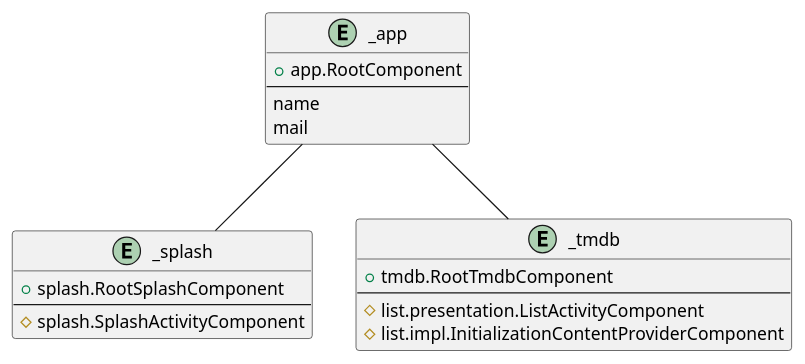
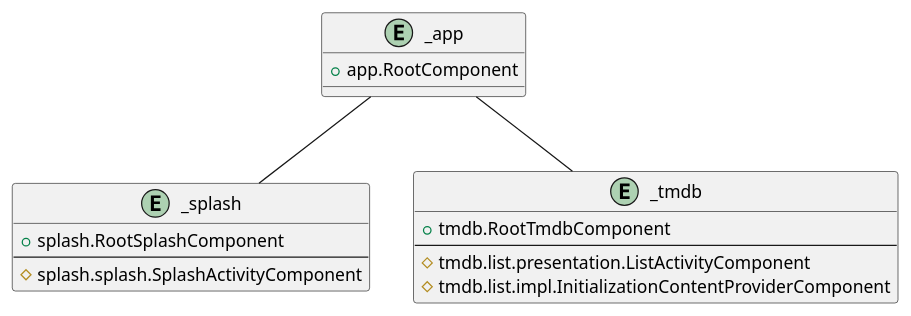
The diagram in di.plantuml (stoyicker/ivv), drawn with PlantUML before and after one commit. The commit also changed 5 other files, not shown here.

```diff
--- a/di.plantuml
+++ b/di.plantuml
@@ -1,26 +1,23 @@
 @startuml
 
 entity _app {
   + app.RootComponent
-  --
-  name
-  mail
 }
 
 entity _splash {
   + splash.RootSplashComponent
   --
-  # splash.SplashActivityComponent
+  # splash.splash.SplashActivityComponent
 }
 
 entity _tmdb {
   + tmdb.RootTmdbComponent
   --
-  # list.presentation.ListActivityComponent
-  # list.impl.InitializationContentProviderComponent
+  # tmdb.list.presentation.ListActivityComponent
+  # tmdb.list.impl.InitializationContentProviderComponent
 }
 
 _app -down- _splash
 _app -down- _tmdb
 
 @enduml
```
